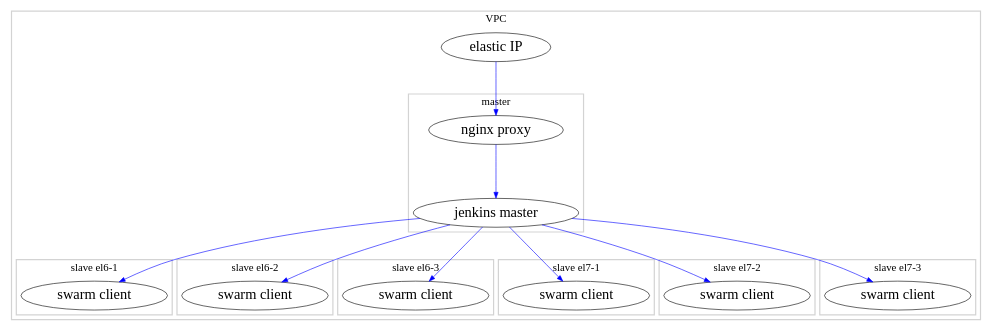
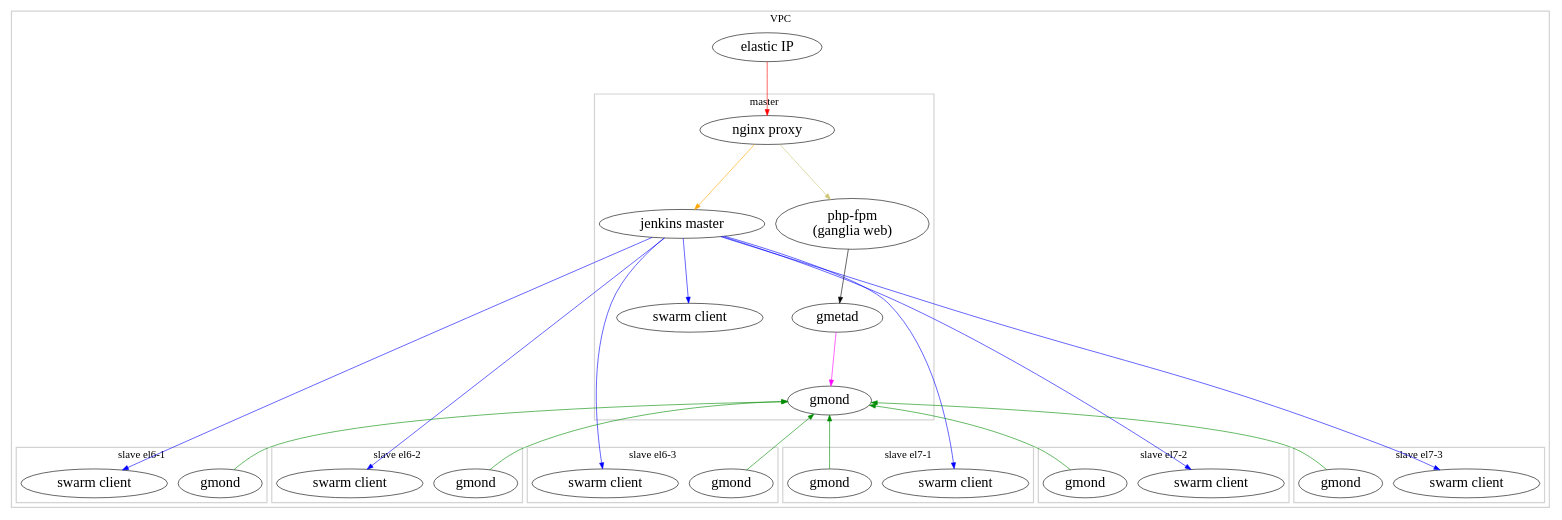
The diagram in docs/aws_vpc.dot (lsst-sqre/deploy-jenkins), drawn with Graphviz before and after one commit. The commit also changed 2 other files, not shown here.

Commit message:
add ganglia to graphviz diagram of architecture

```diff
--- a/docs/aws_vpc.dot
+++ b/docs/aws_vpc.dot
@@ -1,75 +1,126 @@
 digraph top {
 //  dpi=100
   ranksep=1.25
   rankdir=TB
   overlap=false
   clusterrank=local
 
   {
     node [shape=ellipse fontsize=24 style=filled fillcolor=white]
     eip [label="elastic IP"]
     nginx [label="nginx proxy"]
-    master [label="jenkins master"]
-    el61 [label="swarm client"]
-    el62 [label="swarm client"]
-    el63 [label="swarm client"]
-    el71 [label="swarm client"]
-    el72 [label="swarm client"]
-    el73 [label="swarm client"]
+    jmaster [label="jenkins master"]
+    jswarm [label="swarm client"]
+    jel61 [label="swarm client"]
+    jel61 [label="swarm client"]
+    jel62 [label="swarm client"]
+    jel63 [label="swarm client"]
+    jel71 [label="swarm client"]
+    jel72 [label="swarm client"]
+    jel73 [label="swarm client"]
+
+    phpfpm [label="php-fpm\n(ganglia web)"]
+    gmetad
+    gmond
+
+    gel61 [label="gmond"]
+    gel62 [label="gmond"]
+    gel63 [label="gmond"]
+    gel71 [label="gmond"]
+    gel72 [label="gmond"]
+    gel73 [label="gmond"]
   }
 
   color=lightgrey
   fontsize=18
   style=bold
 
 
   subgraph cluster_0 {
     label="VPC"
 
     eip
 
     subgraph cluster_1 {
       label="master"
       nginx
-      master
+      jmaster
+      jswarm
+      phpfpm
+      gmetad
+      gmond
     }
 
     subgraph cluster_2 {
       label="slave el6-1"
 
-      el61
+      jel61
+      gel61
     }
     subgraph cluster_3 {
       label="slave el6-2"
-      el62
+      jel62
+      gel62
     }
     subgraph cluster_4 {
       label="slave el6-3"
-      el63
+      jel63
+      gel63
     }
 
     subgraph cluster_5 {
       label="slave el7-1"
-      el71
+      jel71
+      gel71
     }
     subgraph cluster_6 {
       label="slave el7-2"
-      el72
+      jel72
+      gel72
     }
     subgraph cluster_7 {
       label="slave el7-3"
-      el73
+      jel73
+      gel73
     }
   }
 
+  // https
+  edge [color=red]
+  eip -> nginx
+
+  // http
+  edge [color=orange]
+  nginx -> jmaster
+
+  // jnlp
   edge [color=blue]
+  jmaster -> jswarm
+  jmaster -> jel61
+  jmaster -> jel62
+  jmaster -> jel63
+  jmaster -> jel71
+  jmaster -> jel72
+  jmaster -> jel73
 
-  eip -> nginx
-  nginx -> master
-  master -> el61
-  master -> el62
-  master -> el63
-  master -> el71
-  master -> el72
-  master -> el73
+  // fastcgi
+  edge [color=khaki3]
+  nginx -> phpfpm
+
+  // filesystem
+  edge [color=black]
+  phpfpm -> gmetad
+
+  // ganglia xml
+  edge [color=magenta]
+  gmetad -> gmond
+
+  // gmond
+  edge [color=green4]
+  gmond -> gel61 [dir=back]
+  gmond -> gel62 [dir=back]
+  gmond -> gel63 [dir=back]
+  gmond -> gel71 [dir=back]
+  gmond -> gel72 [dir=back]
+  gmond -> gel73 [dir=back]
 }
```
